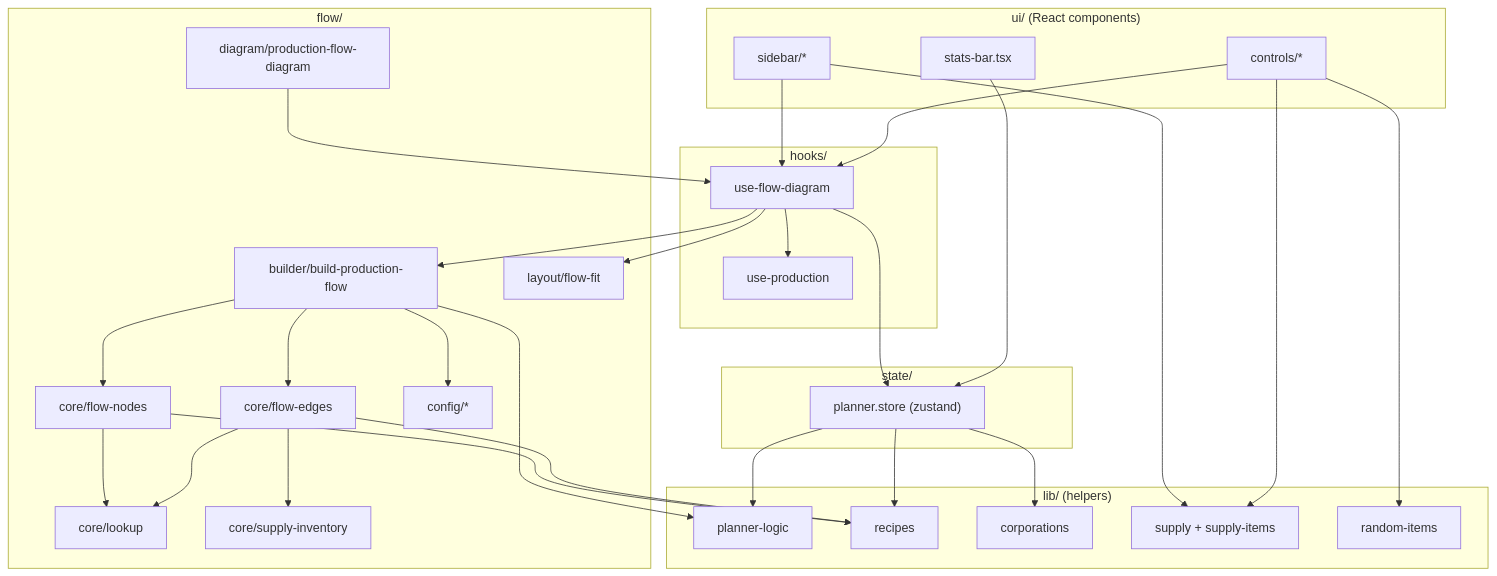
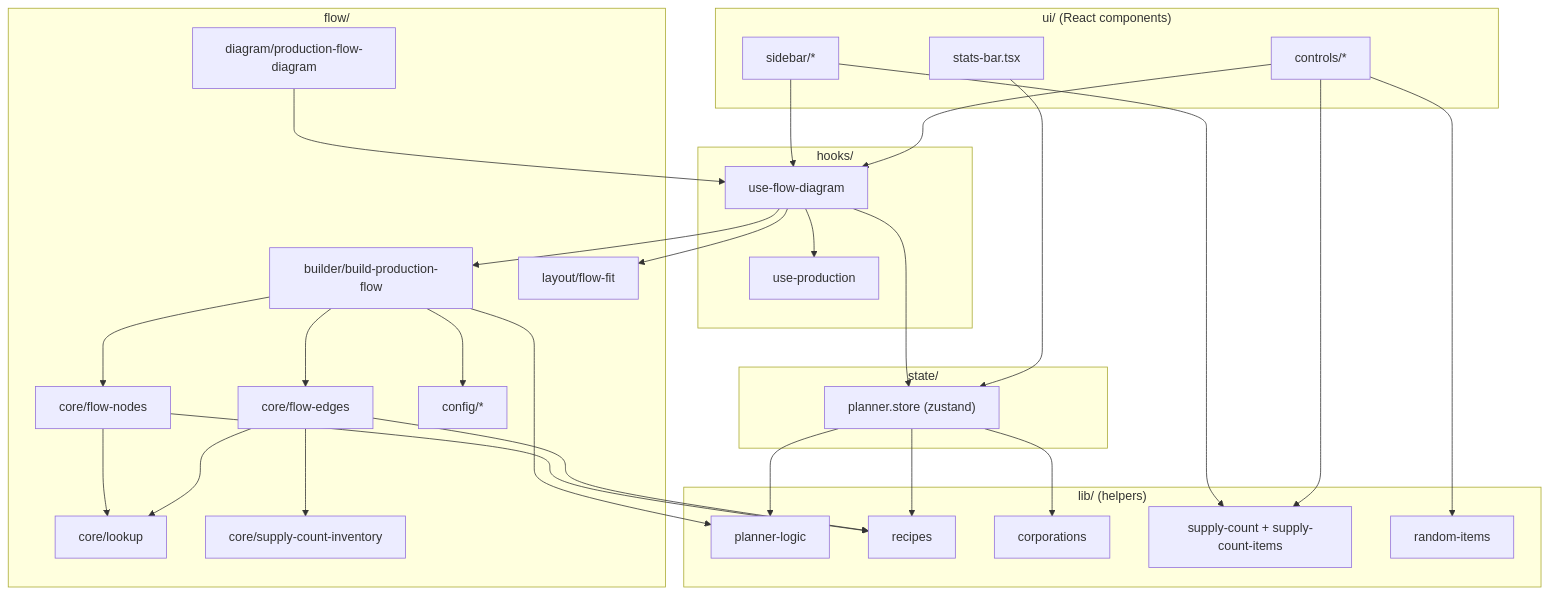
Before and after one commit to javiluli/starrupture-planner: the first of 4 diagrams in src/features/planner/README.md, drawn with Mermaid. The commit also changed other lines of this file and 20 other files, not shown here.

Commit message:
Normalize supply naming to supplyCount

````diff
--- a/src/features/planner/README.md
+++ b/src/features/planner/README.md
@@ -29,70 +29,70 @@
 ```mermaid
 flowchart TD
   %% ===== UI =====
   subgraph UI["ui/ (React components)"]
     UIControls["controls/*"]
     UISidebar["sidebar/*"]
     UIStats["stats-bar.tsx"]
   end
 
   %% ===== Hooks =====
   subgraph Hooks["hooks/"]
     UseFlow["use-flow-diagram"]
     UseProd["use-production"]
   end
 
   %% ===== State =====
   subgraph State["state/"]
     PlannerStore["planner.store (zustand)"]
   end
 
   %% ===== Lib =====
   subgraph Lib["lib/ (helpers)"]
     Logic["planner-logic"]
     Recipes["recipes"]
     Corps["corporations"]
-    SupplyLib["supply + supply-items"]
+    SupplyLib["supply-count + supply-count-items"]
     Random["random-items"]
   end
 
   %% ===== Flow =====
   subgraph Flow["flow/"]
     Builder["builder/build-production-flow"]
     CoreEdges["core/flow-edges"]
     CoreNodes["core/flow-nodes"]
     CoreLookup["core/lookup"]
-    CoreSupply["core/supply-inventory"]
+    CoreSupply["core/supply-count-inventory"]
     Layout["layout/flow-fit"]
     Diagram["diagram/production-flow-diagram"]
     Config["config/*"]
   end
 
   UIControls --> UseFlow
   UISidebar --> UseFlow
   UIStats --> PlannerStore
   Diagram --> UseFlow
   UseFlow --> UseProd
   UseFlow --> PlannerStore
   UseFlow --> Builder
   UseFlow --> Layout
 
   PlannerStore --> Logic
   PlannerStore --> Recipes
   PlannerStore --> Corps
 
   Builder --> Logic
   Builder --> CoreEdges
   Builder --> CoreNodes
   Builder --> Config
 
   CoreEdges --> CoreSupply
   CoreEdges --> CoreLookup
   CoreEdges --> Recipes
 
   CoreNodes --> CoreLookup
   CoreNodes --> Recipes
 
   UIControls --> SupplyLib
   UISidebar --> SupplyLib
   UIControls --> Random
 ```
````
